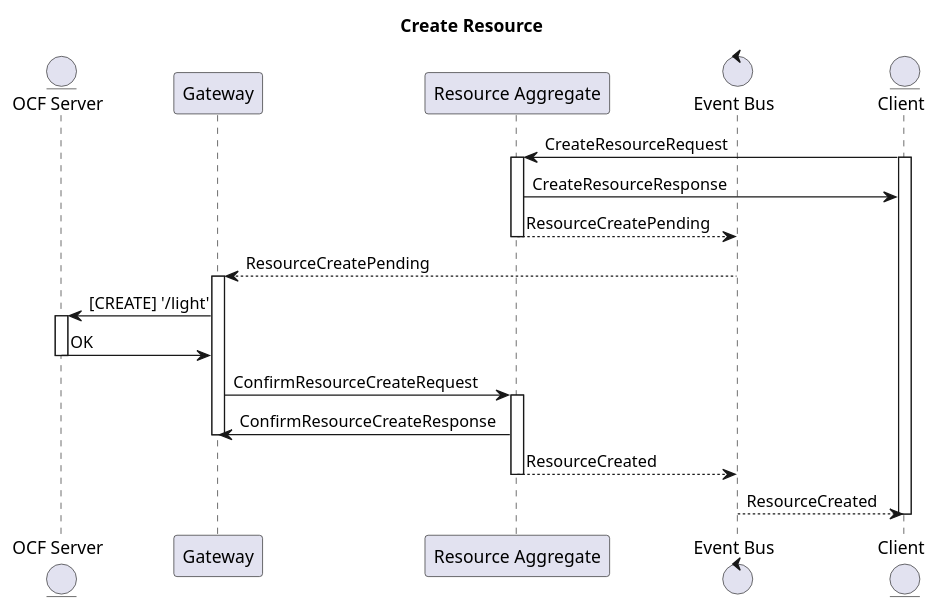
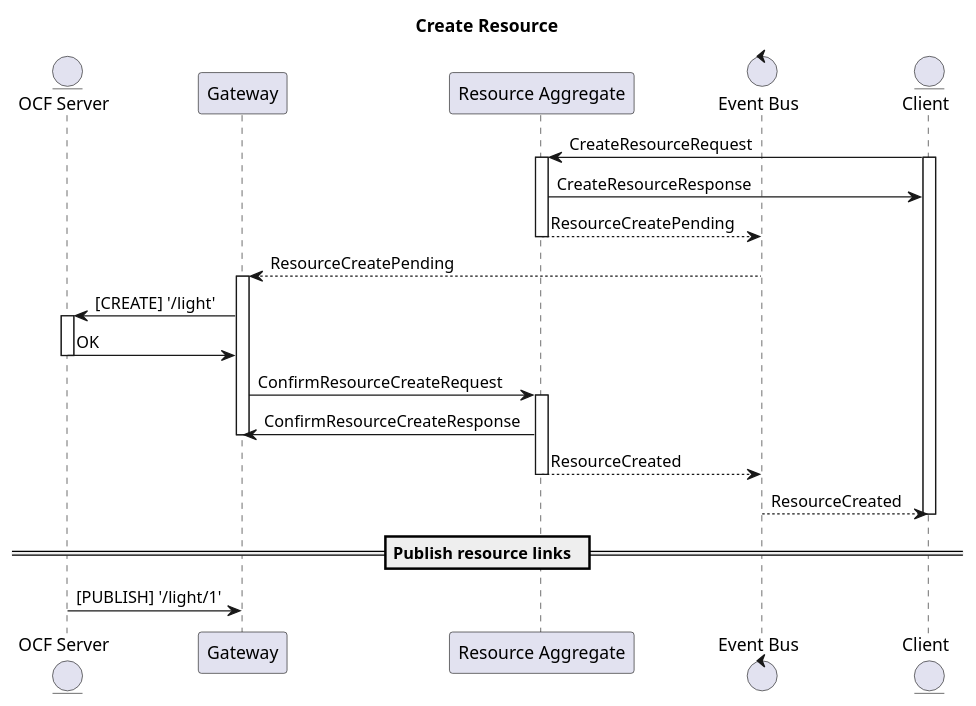
One commit to plgd-dev/hub changed the sixth of 6 diagrams in resource-aggregate/.plantuml. Above: the diagram before and after it, drawn with PlantUML. The commit also changed other lines of this file and 1 other file, not shown here.

Commit message:
resource-aggregate: update plantuml

```diff
--- a/resource-aggregate/.plantuml
+++ b/resource-aggregate/.plantuml
@@ -151,32 +154,36 @@
 @startuml
 
 title "Create Resource"
 
 entity "OCF Server" as Server
 participant "Gateway" as Gateway
 participant "Resource Aggregate" as ResourceAggregate
 control "Event Bus" as Bus
 entity "Client" as Client
 
 Client -> ResourceAggregate : CreateResourceRequest
 activate Client
 activate ResourceAggregate
 ResourceAggregate -> Client : CreateResourceResponse
 ResourceAggregate --> Bus : ResourceCreatePending
 deactivate ResourceAggregate
 Bus --> Gateway : ResourceCreatePending
 activate Gateway
 Gateway -> Server: [CREATE] '/light'
 activate Server
 Server -> Gateway : OK
 deactivate Server
 Gateway -> ResourceAggregate : ConfirmResourceCreateRequest
 activate ResourceAggregate
 ResourceAggregate -> Gateway : ConfirmResourceCreateResponse
 deactivate Gateway
 ResourceAggregate --> Bus : ResourceCreated
 deactivate ResourceAggregate
 Bus --> Client : ResourceCreated
 deactivate Client
 
+== Publish resource links  ==
+
+Server -> Gateway : [PUBLISH] '/light/1'
+
 @enduml
```
